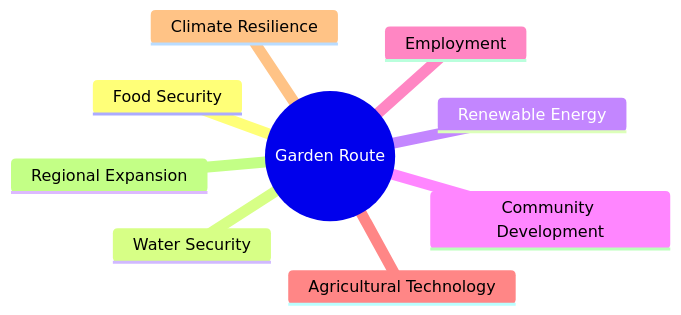
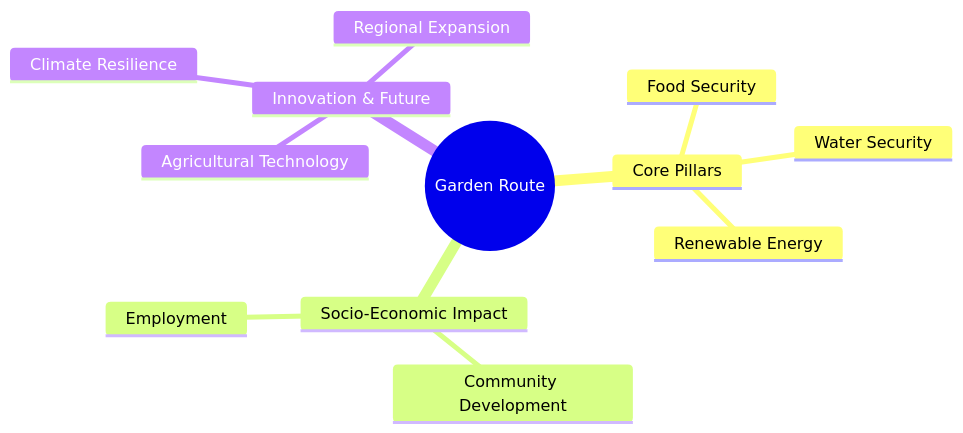
The first of 9 diagrams in RM.md (Qamataomkhulu/Garden-Route), drawn with Mermaid before and after one commit.

````diff
--- a/RM.md
+++ b/RM.md
@@ -45,12 +45,15 @@
 ```mermaid
 mindmap
   root((Garden Route))
-    Food Security
-    Water Security
-    Renewable Energy
-    Community Development
-    Employment
-    Agricultural Technology
-    Climate Resilience
-    Regional Expansion
+    Core Pillars
+      Food Security
+      Water Security
+      Renewable Energy
+    Socio-Economic Impact
+      Community Development
+      Employment
+    Innovation & Future
+      Agricultural Technology
+      Climate Resilience
+      Regional Expansion
 ```
````
